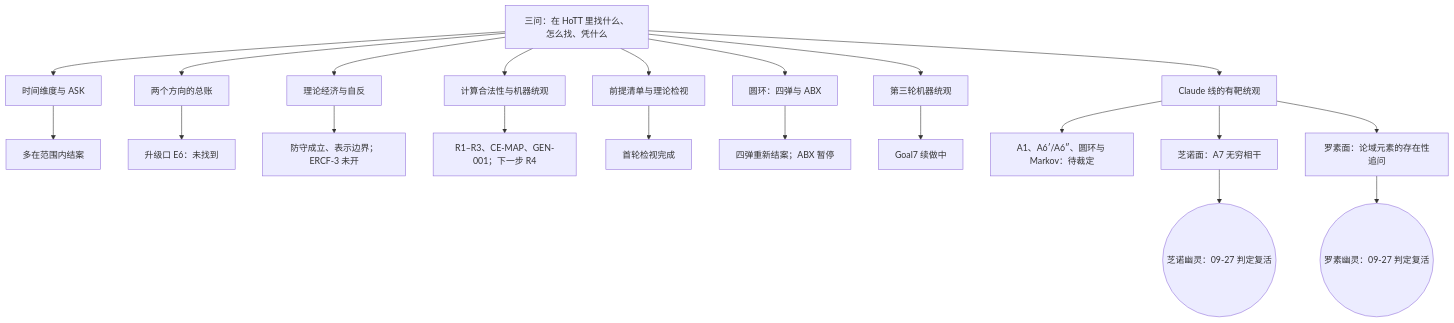
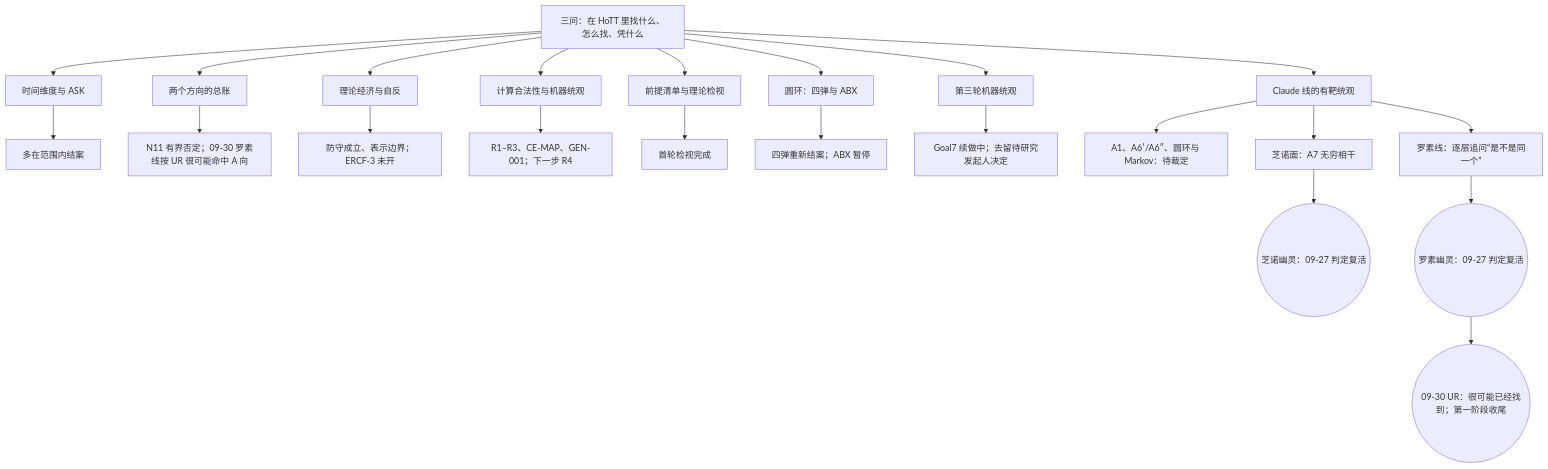
The diagram in README/004 - 路线地图.md (math-fournity/HoTT-Paradoxy), drawn with Mermaid before and after one commit. The commit also changed other lines of this file and 301 other files, not shown here.

````diff
--- a/README/004 - 路线地图.md
+++ b/README/004 - 路线地图.md
@@ -15,24 +15,25 @@
 ```mermaid
 flowchart TD
   Q["三问：在 HoTT 里找什么、怎么找、凭什么"]
   Q --> T["时间维度与 ASK"]
   Q --> AB["两个方向的总账"]
   Q --> E["理论经济与自反"]
   Q --> C["计算合法性与机器统观"]
   Q --> P["前提清单与理论检视"]
   Q --> O["圆环：四弹与 ABX"]
   Q --> M["第三轮机器统观"]
   Q --> K["Claude 线的有靶统观"]
   T --> T1["多在范围内结案"]
-  AB --> AB1["升级口 E6：未找到"]
+  AB --> AB1["N11 有界否定；09-30 罗素线按 UR 很可能命中 A 向"]
   E --> E1["防守成立、表示边界；ERCF-3 未开"]
   C --> C1["R1–R3、CE-MAP、GEN-001；下一步 R4"]
   P --> P1["首轮检视完成"]
   O --> O1["四弹重新结案；ABX 暂停"]
-  M --> M1["Goal7 续做中"]
+  M --> M1["Goal7 续做中；去留待研究发起人决定"]
   K --> K1["A1、A6′/A6″、圆环与 Markov：待裁定"]
   K --> Z["芝诺面：A7 无穷相干"]
-  K --> R["罗素面：论域元素的存在性追问"]
+  K --> R["罗素线：逐层追问“是不是同一个”"]
   Z --> ZG(("芝诺幽灵：09-27 判定复活"))
   R --> RG(("罗素幽灵：09-27 判定复活"))
+  RG --> UR(("09-30 UR：很可能已经找到；第一阶段收尾"))
 ```
````
